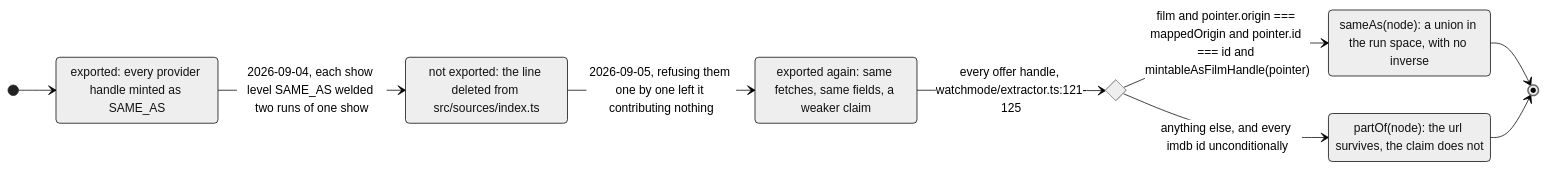
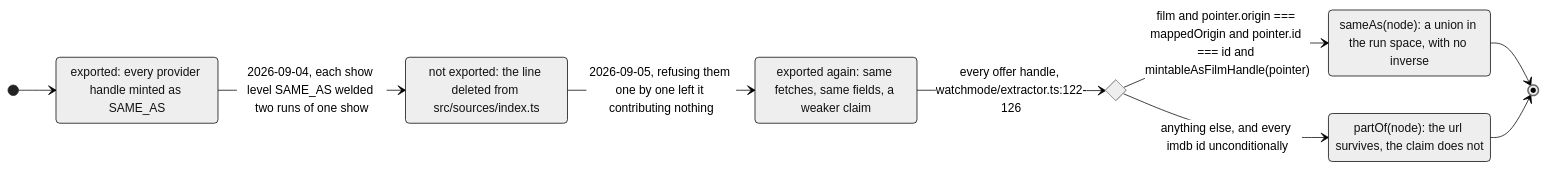
Before and after one commit to banou26/stub: the third of 3 diagrams in docs/src/content/docs/sources/registry.md, drawn with Mermaid (neutral theme). The commit also changed other lines of this file and 22 other files, not shown here.

````diff
--- a/docs/src/content/docs/sources/registry.md
+++ b/docs/src/content/docs/sources/registry.md
@@ -257,19 +257,19 @@
 ```mermaid
 stateDiagram-v2
   direction LR
   state "exported: every provider handle minted as SAME_AS" as welding
   state "not exported: the line deleted from src/sources/index.ts" as unplugged
   state "exported again: same fetches, same fields, a weaker claim" as live
   state pick <<choice>>
   state "sameAs(node): a union in the run space, with no inverse" as identity
   state "partOf(node): the url survives, the claim does not" as containment
 
   [*] --> welding
   welding --> unplugged: 2026-09-04, each show level SAME_AS welded two runs of one show
   unplugged --> live: 2026-09-05, refusing them one by one left it contributing nothing
-  live --> pick: every offer handle, watchmode/extractor.ts:121-125
+  live --> pick: every offer handle, watchmode/extractor.ts:122-126
   pick --> identity: film and pointer.origin === mappedOrigin and pointer.id === id and mintableAsFilmHandle(pointer)
   pick --> containment: anything else, and every imdb id unconditionally
   identity --> [*]
   containment --> [*]
 ```
````
